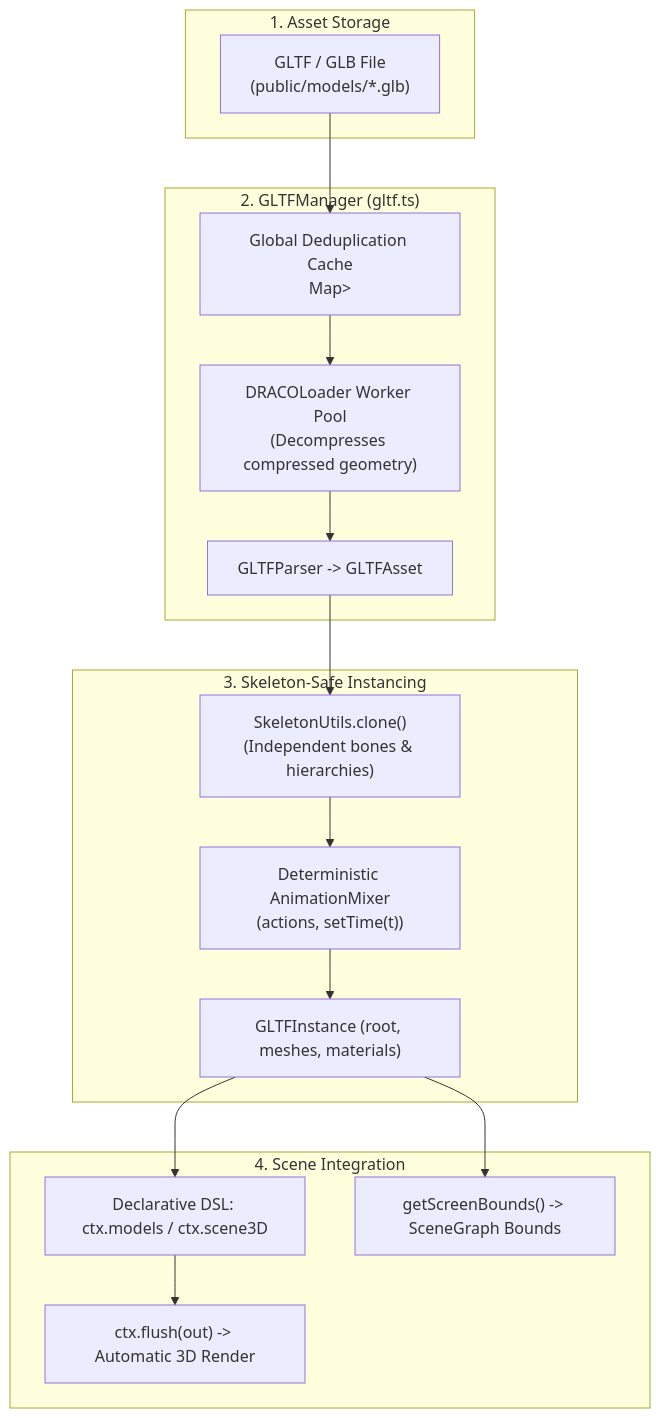
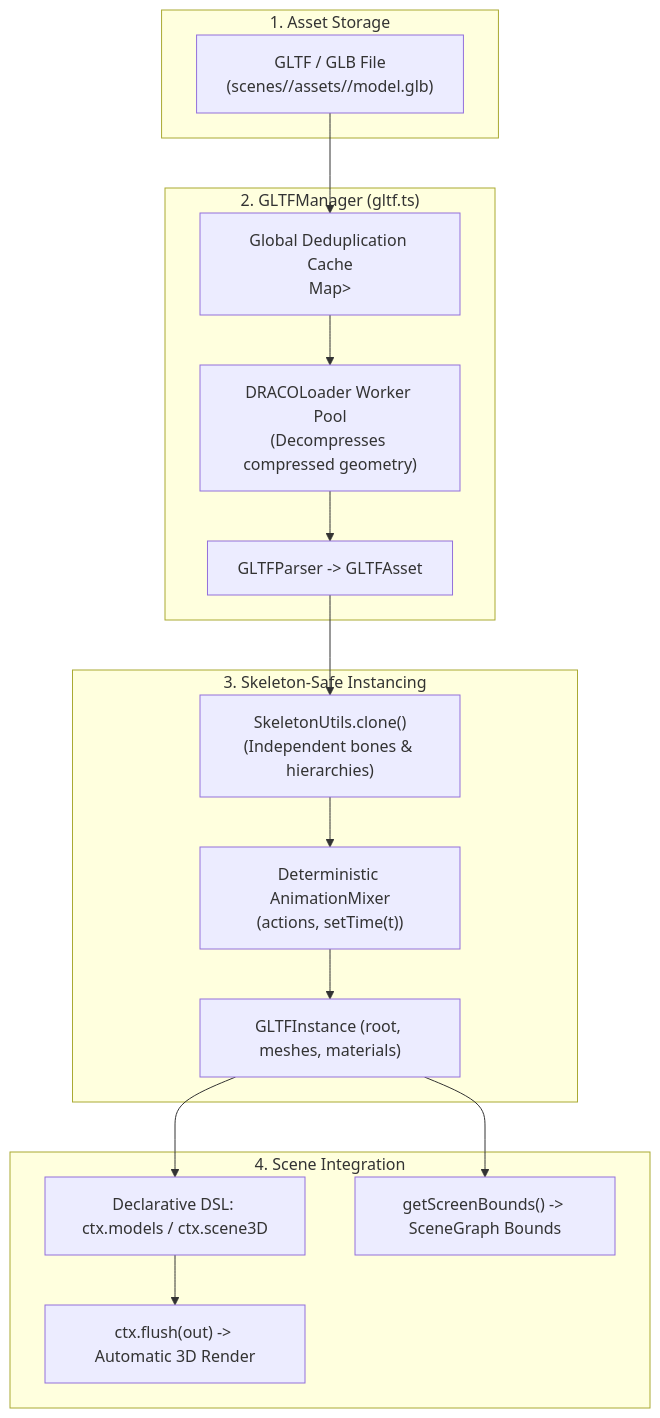
Before and after one commit to PenguinBTW/Fx-Studio: the diagram in docs/authoring/gltf-assets.md, drawn with Mermaid. The commit also changed other lines of this file and 771 other files, not shown here.

````diff
--- a/docs/authoring/gltf-assets.md
+++ b/docs/authoring/gltf-assets.md
@@ -17,30 +19,30 @@
 ```mermaid
 flowchart TD
     subgraph Storage["1. Asset Storage"]
-        FILE["GLTF / GLB File\n(public/models/*.glb)"]
+        FILE["GLTF / GLB File\n(scenes/<project>/assets/<id>/model.glb)"]
     end
 
     subgraph Manager["2. GLTFManager (gltf.ts)"]
         CACHE["Global Deduplication Cache\nMap<url, Promise<GLTFAsset>>"]
         DRACO["DRACOLoader Worker Pool\n(Decompresses compressed geometry)"]
         PARSE["GLTFParser -> GLTFAsset"]
     end
 
     subgraph Instancing["3. Skeleton-Safe Instancing"]
         CLONE["SkeletonUtils.clone()\n(Independent bones & hierarchies)"]
         MIXER["Deterministic AnimationMixer\n(actions, setTime(t))"]
         INST["GLTFInstance (root, meshes, materials)"]
     end
 
     subgraph Scene["4. Scene Integration"]
         DSL["Declarative DSL: ctx.models / ctx.scene3D"]
         FLUSH["ctx.flush(out) -> Automatic 3D Render"]
         TELEM["getScreenBounds() -> SceneGraph Bounds"]
     end
 
     FILE --> CACHE
     CACHE --> DRACO --> PARSE
     PARSE --> CLONE --> MIXER --> INST
     INST --> DSL --> FLUSH
     INST --> TELEM
 ```
````
